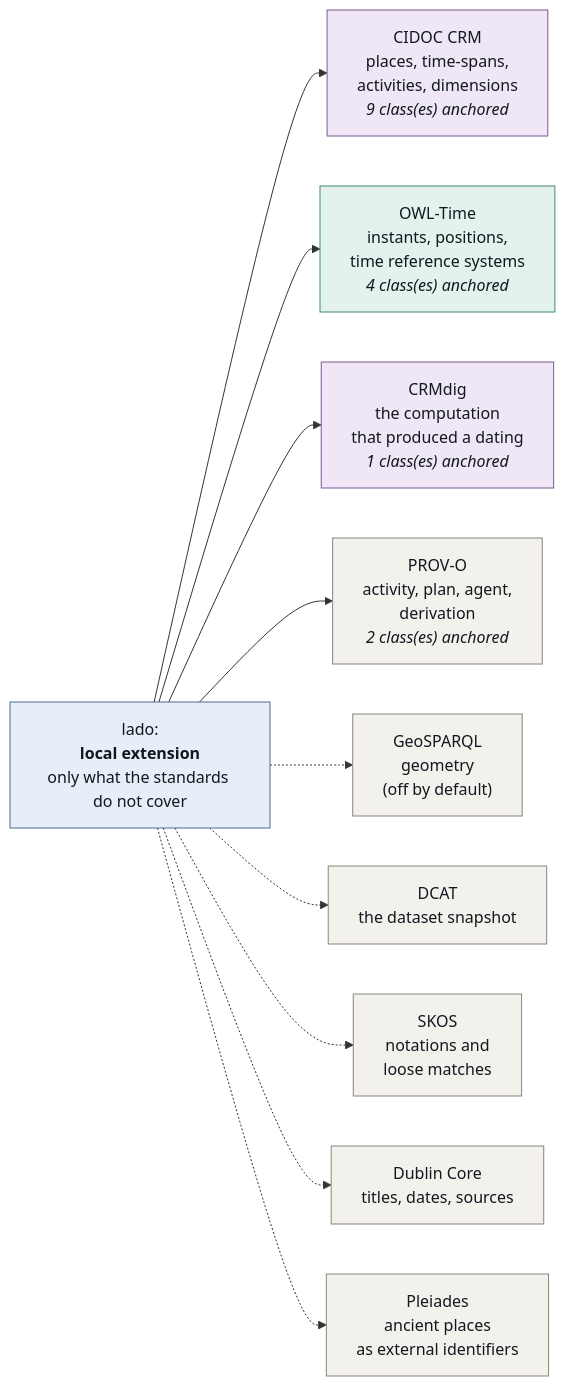
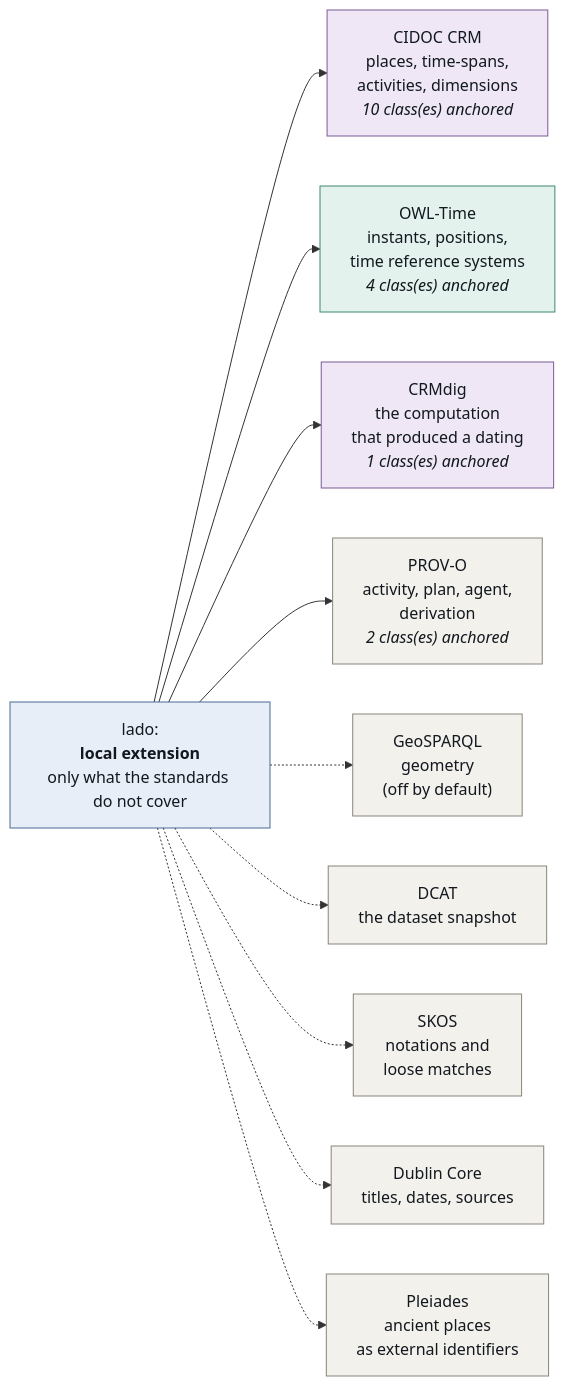
Before and after one commit to leiza-rse/IPSDatedSites: the diagram in docs/diagrams/vocabularies.mmd, drawn with Mermaid. The commit also changed 26 other files, not shown here.

```diff
--- a/docs/diagrams/vocabularies.mmd
+++ b/docs/diagrams/vocabularies.mmd
@@ -1,31 +1,31 @@
 flowchart LR
     LADO["lado:<br/><b>local extension</b><br/>only what the standards do not cover"]
-    crm["CIDOC CRM<br/>places, time-spans,<br/>activities, dimensions<br/><i>9 class(es) anchored</i>"]
+    crm["CIDOC CRM<br/>places, time-spans,<br/>activities, dimensions<br/><i>10 class(es) anchored</i>"]
     LADO --> crm
     time["OWL-Time<br/>instants, positions,<br/>time reference systems<br/><i>4 class(es) anchored</i>"]
     LADO --> time
     crmdig["CRMdig<br/>the computation<br/>that produced a dating<br/><i>1 class(es) anchored</i>"]
     LADO --> crmdig
     prov["PROV-O<br/>activity, plan, agent,<br/>derivation<br/><i>2 class(es) anchored</i>"]
     LADO --> prov
     geo["GeoSPARQL<br/>geometry<br/>(off by default)"]
     LADO -.-> geo
     dcat["DCAT<br/>the dataset snapshot"]
     LADO -.-> dcat
     skos["SKOS<br/>notations and<br/>loose matches"]
     LADO -.-> skos
     dcterms["Dublin Core<br/>titles, dates, sources"]
     LADO -.-> dcterms
     pleiades["Pleiades<br/>ancient places<br/>as external identifiers"]
     LADO -.-> pleiades
 
     class LADO local
     class crm,crmdig crm
     class time time
     class prov,geo,dcat,skos,dcterms,pleiades ext
 
     classDef local fill:#e8eef7,stroke:#4a6b96,stroke-width:1px,color:#12181f
     classDef crm fill:#efe7f5,stroke:#7a5a96,stroke-width:1px,color:#12181f
     classDef time fill:#e3f2ec,stroke:#3f8a70,stroke-width:1px,color:#12181f
     classDef ext fill:#f3f1ec,stroke:#8a857a,stroke-width:1px,color:#12181f
     classDef io fill:#faf3e3,stroke:#a8872e,stroke-width:1px,color:#12181f
```
